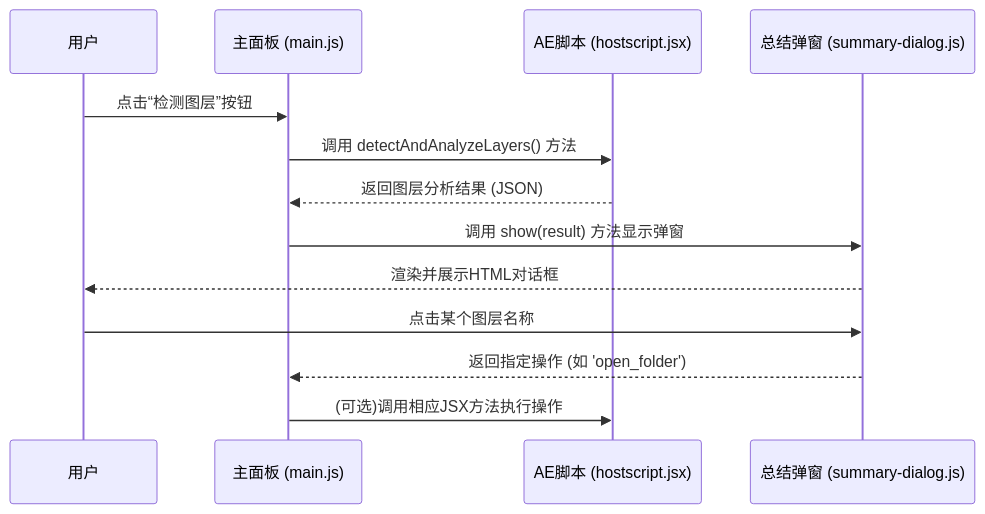
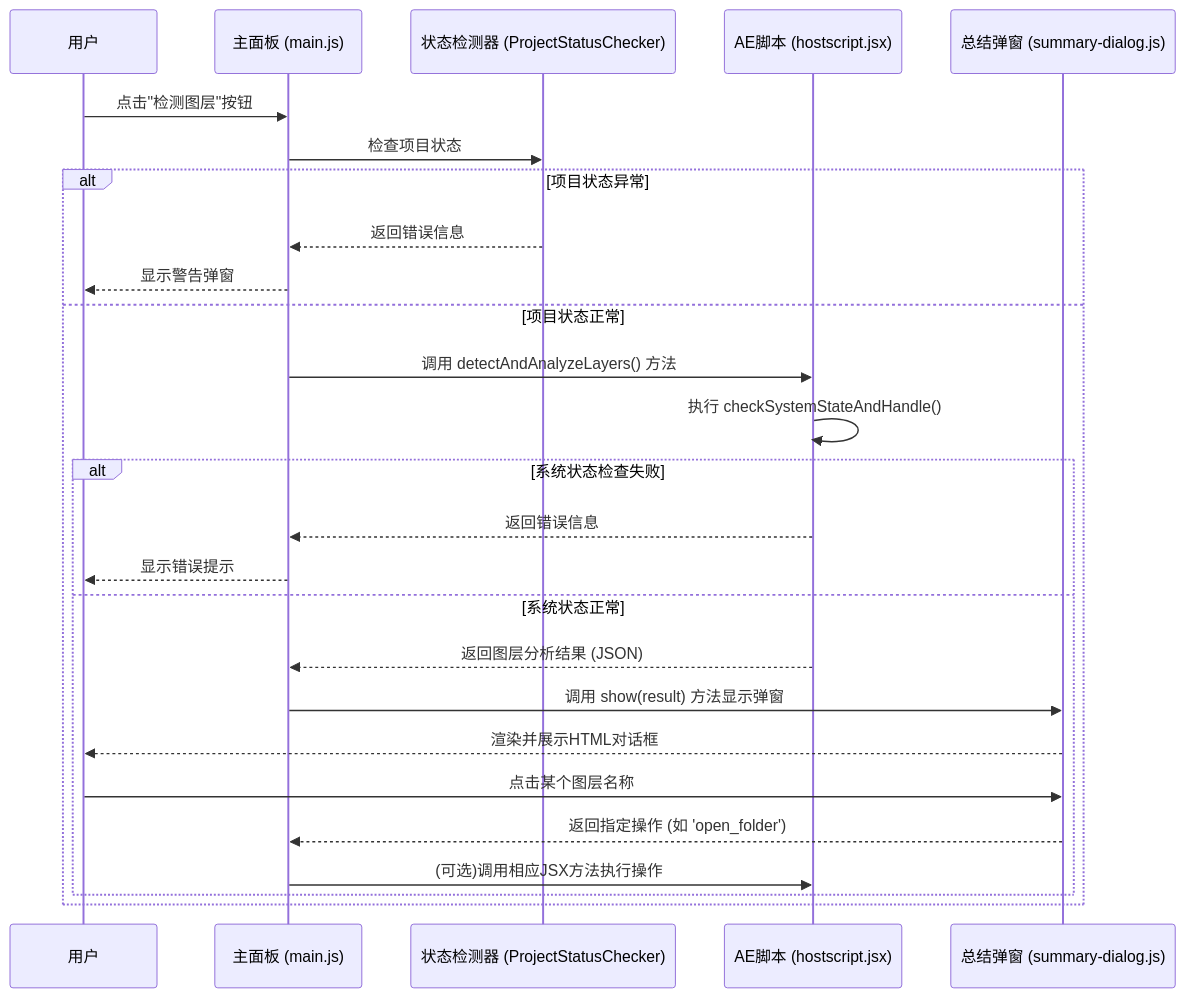
One commit to yancongya/Eagle2Ae changed the diagram in docs/AE/panel-functions/detect-layers.md. Above: the diagram before and after it, drawn with Mermaid. The commit also changed other lines of this file and 19 other files, not shown here.

````diff
--- a/docs/AE/panel-functions/detect-layers.md
+++ b/docs/AE/panel-functions/detect-layers.md
@@ -11,16 +56,29 @@
 ```mermaid
 sequenceDiagram
     participant User as 用户
     participant Panel as 主面板 (main.js)
+    participant Checker as 状态检测器 (ProjectStatusChecker)
     participant JSX as AE脚本 (hostscript.jsx)
     participant Dialog as 总结弹窗 (summary-dialog.js)
 
-    User->>Panel: 点击“检测图层”按钮
-    Panel->>JSX: 调用 detectAndAnalyzeLayers() 方法
-    JSX-->>Panel: 返回图层分析结果 (JSON)
-    Panel->>Dialog: 调用 show(result) 方法显示弹窗
-    Dialog-->>User: 渲染并展示HTML对话框
-    User->>Dialog: 点击某个图层名称
-    Dialog-->>Panel: 返回指定操作 (如 'open_folder')
-    Panel->>JSX: (可选)调用相应JSX方法执行操作
+    User->>Panel: 点击"检测图层"按钮
+    Panel->>Checker: 检查项目状态
+    alt 项目状态异常
+        Checker-->>Panel: 返回错误信息
+        Panel-->>User: 显示警告弹窗
+    else 项目状态正常
+        Panel->>JSX: 调用 detectAndAnalyzeLayers() 方法
+        JSX->>JSX: 执行 checkSystemStateAndHandle()
+        alt 系统状态检查失败
+            JSX-->>Panel: 返回错误信息
+            Panel-->>User: 显示错误提示
+        else 系统状态正常
+            JSX-->>Panel: 返回图层分析结果 (JSON)
+            Panel->>Dialog: 调用 show(result) 方法显示弹窗
+            Dialog-->>User: 渲染并展示HTML对话框
+            User->>Dialog: 点击某个图层名称
+            Dialog-->>Panel: 返回指定操作 (如 'open_folder')
+            Panel->>JSX: (可选)调用相应JSX方法执行操作
+        end
+    end
 ```
````
